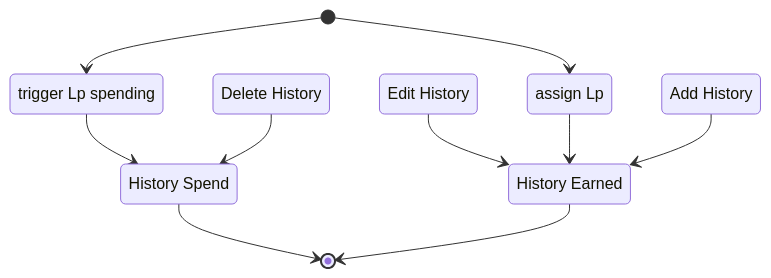
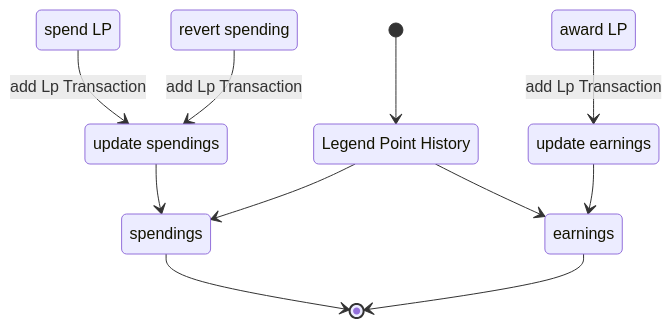
One commit to patrickmohrmann/earthdawn4eV2 changed the diagram in documentation/Use Cases/UC_LpTracking-History.md. Above: the diagram before and after it, drawn with Mermaid. The commit also changed other lines of this file and 9 other files, not shown here.

````diff
--- a/documentation/Use Cases/UC_LpTracking-History.md
+++ b/documentation/Use Cases/UC_LpTracking-History.md
@@ -4,21 +4,30 @@
 ```mermaid
 stateDiagram-v2
-    state1: History Spend
-    state2: History Earned
-    interaction1: Edit History
-    interaction5: Add History
-    interaction2: Delete History
-    interaction3: assign Lp
-    interaction4: trigger Lp spending
-    [*] --> interaction4
-    [*] --> interaction3
-    state1 --> [*]
+    classDef fromOutside font-style:italic,font-weight:bold,fill:lightyellow
+
+    state1: Legend Point History
+    state2: spendings
+    state3: earnings
+    state4: update spendings
+    state5: update earnings
+
+    interaction1: spend LP
+    interaction2: revert spending
+    interaction3: award LP
+
+    interaction1:::fromOutside
+    interaction2:::fromOutside
+    interaction3:::fromOutside
+
+    [*] --> state1
+    state1 --> state2
+    interaction3 --> state5: add Lp Transaction
+    state5 --> state3
+    state1 --> state3
+    interaction1 --> state4: add Lp Transaction
+    state4 --> state2
+    interaction2 --> state4: add Lp Transaction
     state2 --> [*]
-    interaction1 --> state2
-    interaction3 --> state2
-    interaction5 --> state2
-    interaction4 --> state1
-    interaction2 --> state1
+    state3 --> [*]
     
-
 ```
````
